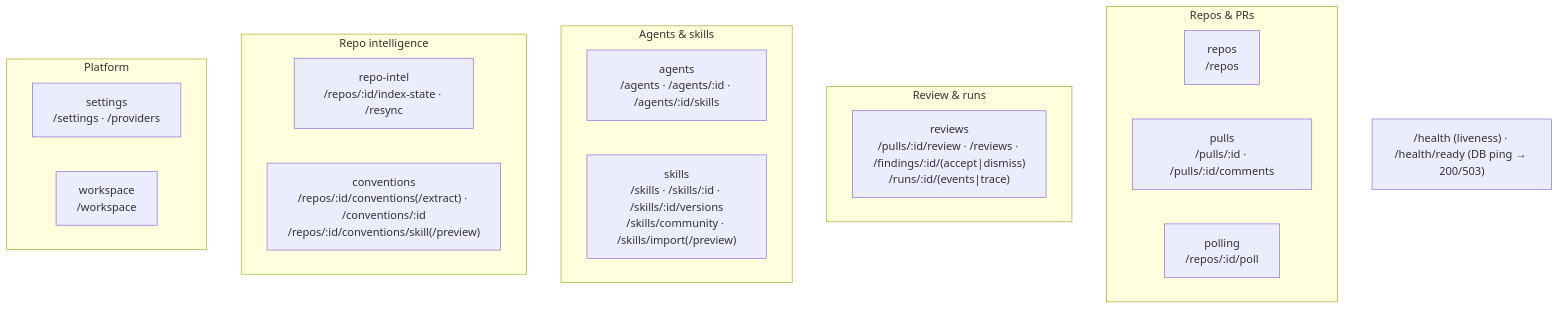
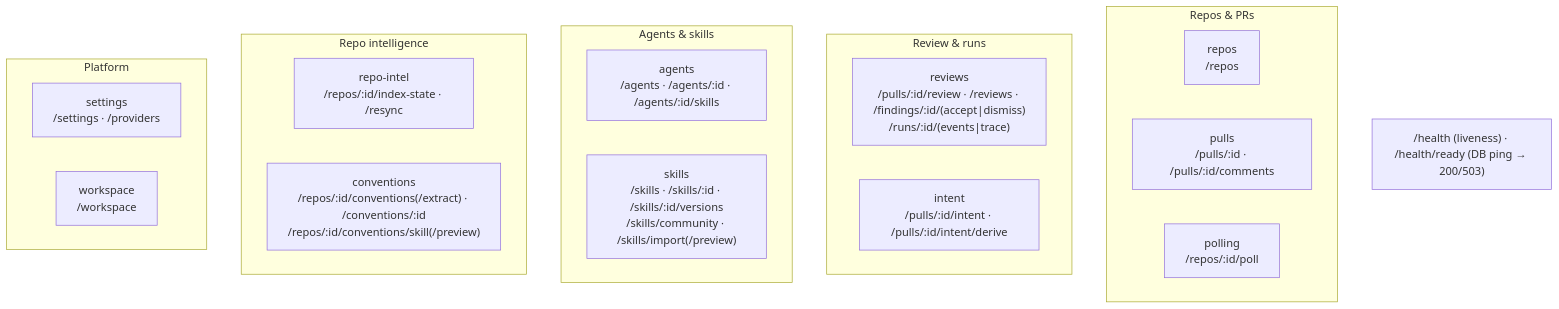
One commit to ai-agentic-engineering-neo/dev-digest changed the second of 2 diagrams in server/README.md. Above: the diagram before and after it, drawn with Mermaid. The commit also changed other lines of this file and 74 other files, not shown here.

````diff
--- a/server/README.md
+++ b/server/README.md
@@ -64,24 +64,25 @@
 ```mermaid
 flowchart TB
   subgraph Repos_PRs["Repos & PRs"]
     repos["repos<br/>/repos"]
     pulls["pulls<br/>/pulls/:id · /pulls/:id/comments"]
     polling["polling<br/>/repos/:id/poll"]
   end
   subgraph Review["Review & runs"]
     reviews["reviews<br/>/pulls/:id/review · /reviews · /findings/:id/(accept|dismiss)<br/>/runs/:id/(events|trace)"]
+    intent["intent<br/>/pulls/:id/intent · /pulls/:id/intent/derive"]
   end
   subgraph Agents["Agents & skills"]
     agents["agents<br/>/agents · /agents/:id · /agents/:id/skills"]
     skills["skills<br/>/skills · /skills/:id · /skills/:id/versions<br/>/skills/community · /skills/import(/preview)"]
   end
   subgraph Intel["Repo intelligence"]
     repoIntel["repo-intel<br/>/repos/:id/index-state · /resync"]
     conventions["conventions<br/>/repos/:id/conventions(/extract) · /conventions/:id<br/>/repos/:id/conventions/skill(/preview)"]
   end
   subgraph Platform["Platform"]
     settings["settings<br/>/settings · /providers"]
     workspace["workspace<br/>/workspace"]
   end
   HEALTH["/health (liveness) · /health/ready (DB ping → 200/503)"]
 ```
````
